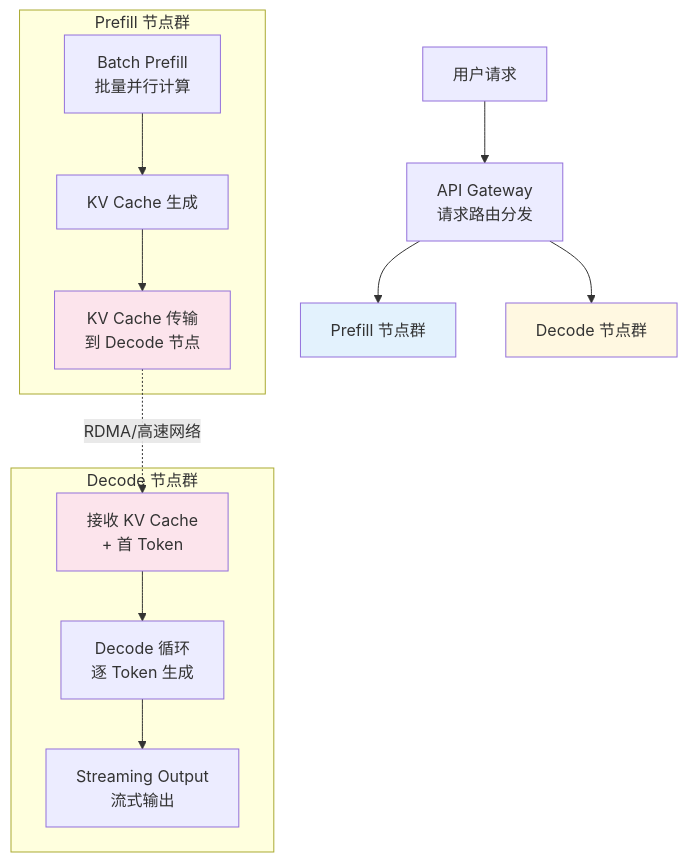
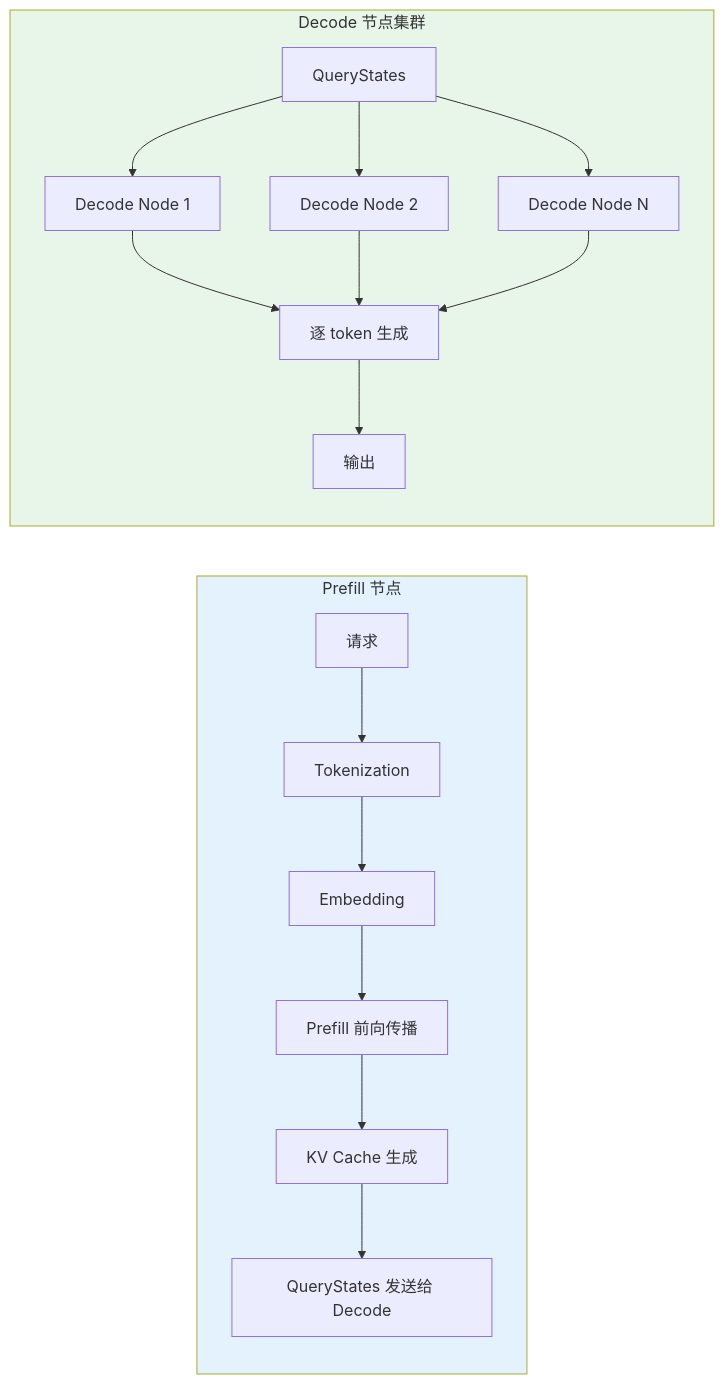
One commit to yikox/mynote changed the eighth of 8 diagrams in 神经网络/大语言模型架构分析.md. Above: the diagram before and after it, drawn with Mermaid. The commit also changed other lines of this file, not shown here.

````diff
--- a/神经网络/大语言模型架构分析.md
+++ b/神经网络/大语言模型架构分析.md
@@ -581,26 +449,23 @@
 ```mermaid
-flowchart TD
-    A[用户请求] --> B[API Gateway<br/>请求路由分发]
-
-    B --> C[Prefill 节点群]
-    B --> D[Decode 节点群]
-
-    subgraph Prefill["Prefill 节点群"]
-        C1["Batch Prefill<br/>批量并行计算"] 
-        C1 --> C2[KV Cache 生成]
-        C2 --> C3[KV Cache 传输<br/>到 Decode 节点]
+flowchart LR
+    subgraph Prefill["Prefill 节点"]
+        A[请求] --> B[Tokenization]
+        B --> C[Embedding]
+        C --> D[Prefill 前向传播]
+        D --> E[KV Cache 生成]
+        E --> F[QueryStates 发送给 Decode]
     end
 
-    subgraph Decode["Decode 节点群"]
-        D1[接收 KV Cache<br/>+ 首 Token]
-        D1 --> D2["Decode 循环<br/>逐 Token 生成"]
-        D2 --> D3[Streaming Output<br/>流式输出]
+    subgraph Decode["Decode 节点集群"]
+        G[QueryStates] --> H1[Decode Node 1]
+        G --> H2[Decode Node 2]
+        G --> H3[Decode Node N]
+        H1 --> I[逐 token 生成]
+        H2 --> I
+        H3 --> I
+        I --> J[输出]
     end
 
-    C3 -.->|RDMA/高速网络| D1
-
-    style C fill:#e3f2fd
-    style D fill:#fff8e1
-    style C3 fill:#fce4ec
-    style D1 fill:#fce4ec
+    style Prefill fill:#e3f2fd
+    style Decode fill:#e8f5e9
 ```
````
